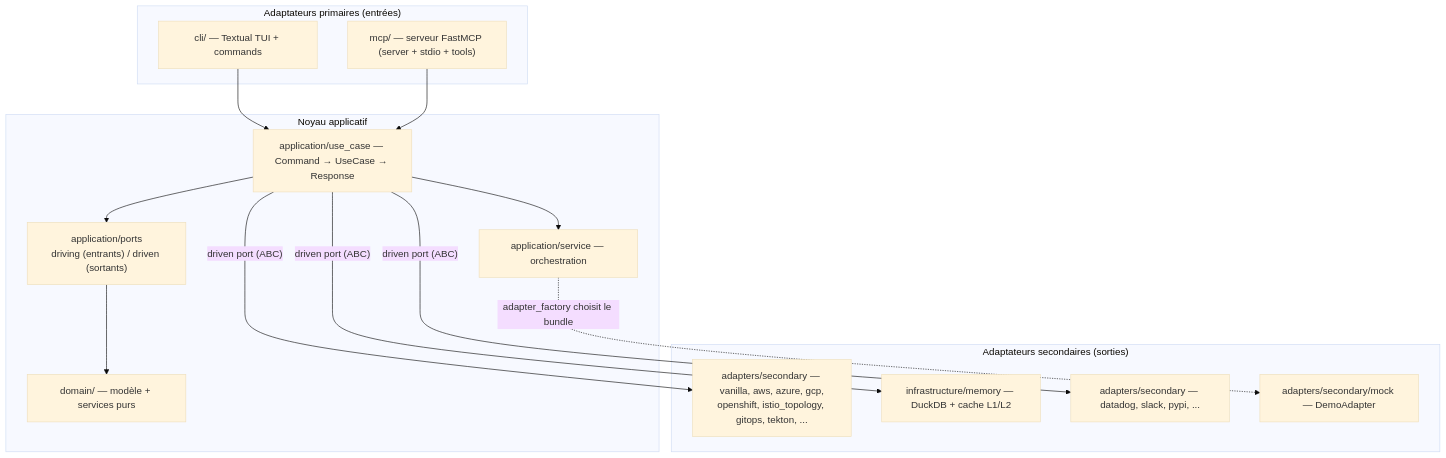
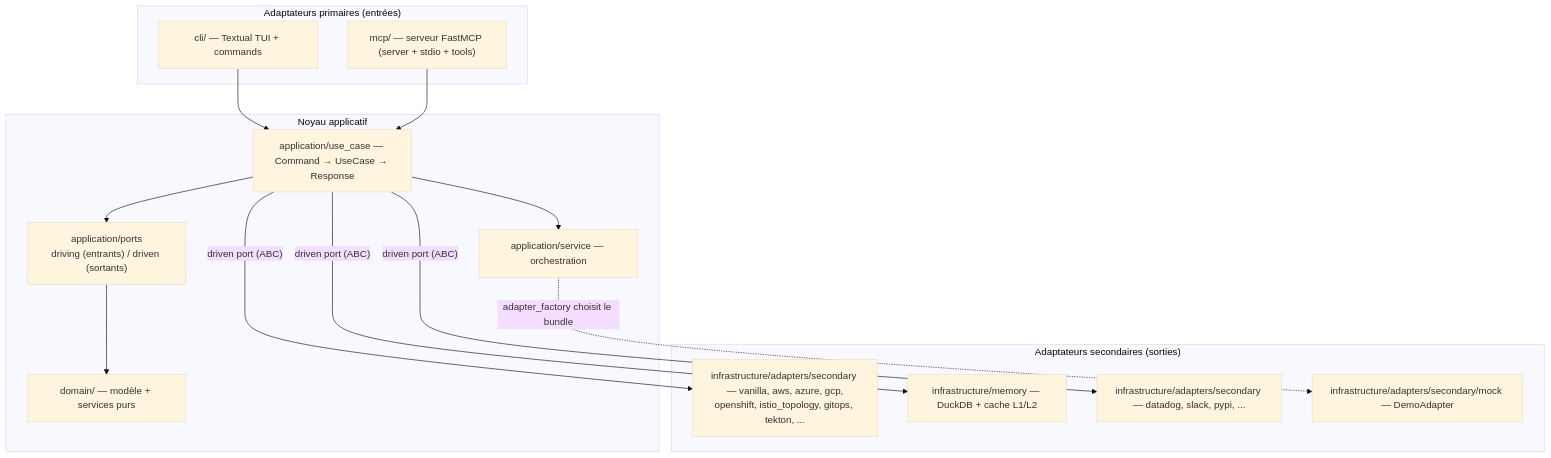
Before and after one commit to hexa-tools/hexawyn: the diagram in ARCHITECTURE.md, drawn with Mermaid (base theme). The commit also changed other lines of this file and 7533 other files, not shown here.

````diff
--- a/ARCHITECTURE.md
+++ b/ARCHITECTURE.md
@@ -20,31 +20,31 @@
 ```mermaid
 flowchart TD
     subgraph Primary["Adaptateurs primaires (entrées)"]
         CLI["cli/ — Textual TUI + commands"]
         MCP["mcp/ — serveur FastMCP (server + stdio + tools)"]
     end
 
     subgraph Core["Noyau applicatif"]
         UC["application/use_case — Command → UseCase → Response"]
         SVC["application/service — orchestration"]
         PORTS["application/ports<br/>driving (entrants) / driven (sortants)"]
         DOM["domain/ — modèle + services purs"]
     end
 
     subgraph Secondary["Adaptateurs secondaires (sorties)"]
-        K8SSEC["adapters/secondary — vanilla, aws, azure, gcp,<br/>openshift, istio_topology, gitops, tekton, ..."]
+        K8SSEC["infrastructure/adapters/secondary — vanilla, aws, azure, gcp,<br/>openshift, istio_topology, gitops, tekton, ..."]
         STORE["infrastructure/memory — DuckDB + cache L1/L2"]
-        OBS["adapters/secondary — datadog, slack, pypi, ..."]
-        MOCK["adapters/secondary/mock — DemoAdapter"]
+        OBS["infrastructure/adapters/secondary — datadog, slack, pypi, ..."]
+        MOCK["infrastructure/adapters/secondary/mock — DemoAdapter"]
     end
 
     CLI --> UC
     MCP --> UC
     UC --> SVC
     UC --> PORTS
     PORTS --> DOM
     UC -->|"driven port (ABC)"| K8SSEC
     UC -->|"driven port (ABC)"| STORE
     UC -->|"driven port (ABC)"| OBS
     SVC -. "adapter_factory choisit le bundle" .-> MOCK
 ```
````
